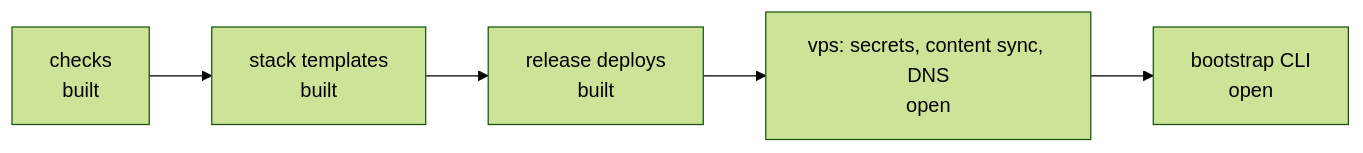
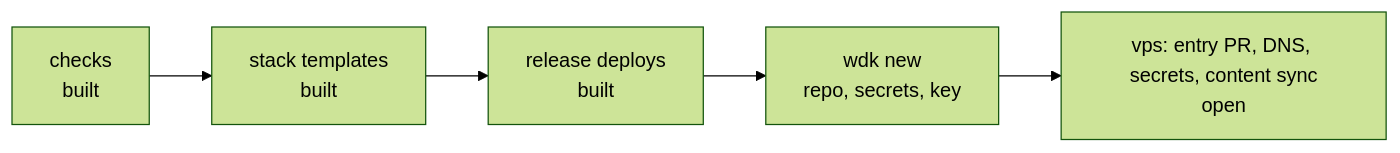
One commit to mstcgalis/web-checks changed the diagram in docs/roadmap.md. Above: the diagram before and after it, drawn with Mermaid (forest theme). The commit also changed other lines of this file and 2 other files, not shown here.

````diff
--- a/docs/roadmap.md
+++ b/docs/roadmap.md
@@ -8,5 +8,5 @@
 ```mermaid
 flowchart LR
   checks["checks<br/>built"] --> stacks["stack templates<br/>built"] --> deploy["release deploys<br/>built"]
-  deploy --> vps["vps: secrets, content sync, DNS<br/>open"] --> cli["bootstrap CLI<br/>open"]
+  deploy --> new["wdk new<br/>repo, secrets, key"] --> vps["vps: entry PR, DNS, secrets, content sync<br/>open"]
 ```
````
